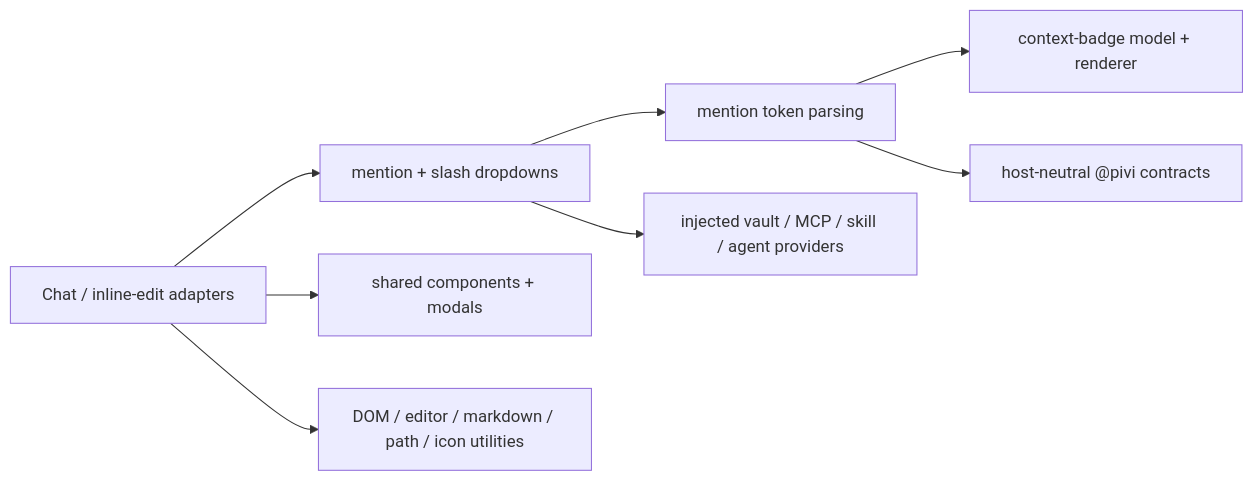
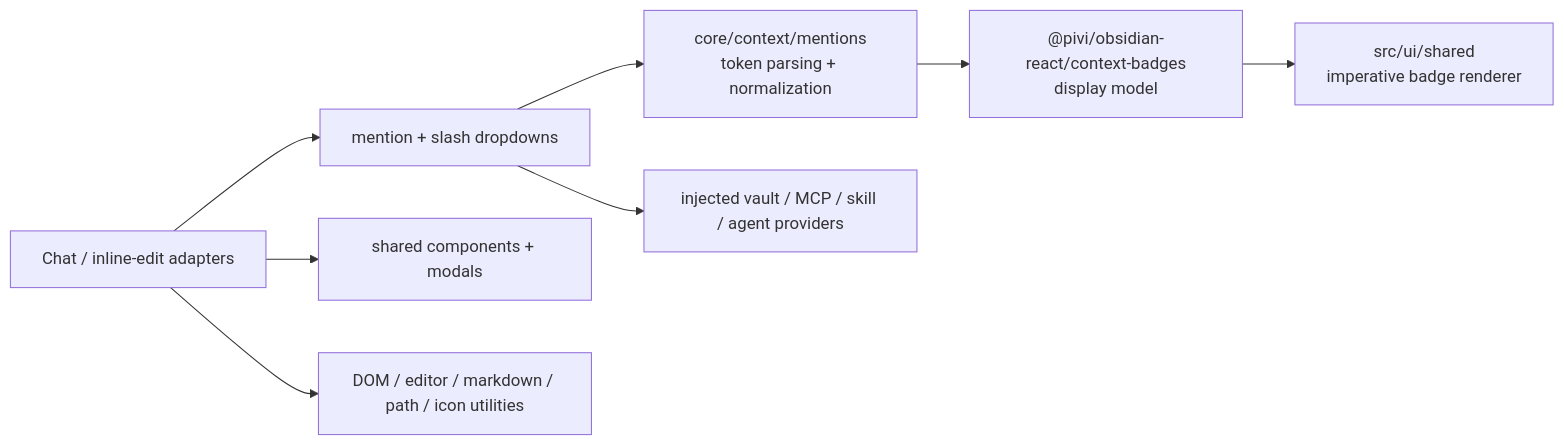
One commit to shuuul/obsidian-pivi changed the diagram in src/ui/shared/AGENTS.md. Above: the diagram before and after it, drawn with Mermaid. The commit also changed other lines of this file and 335 other files, not shown here.

First line of the commit message:
refactor(architecture): enforce package and UI boundaries

````diff
--- a/src/ui/shared/AGENTS.md
+++ b/src/ui/shared/AGENTS.md
@@ -11,10 +11,10 @@
 ```mermaid
 flowchart LR
   Consumers["Chat / inline-edit adapters"] --> Inputs["mention + slash dropdowns"]
-  Inputs --> Parser["mention token parsing"]
-  Parser --> Badges["context-badge model + renderer"]
+  Inputs --> Parser["core/context/mentions<br/>token parsing + normalization"]
+  Parser --> Badges["@pivi/obsidian-react/context-badges<br/>display model"]
+  Badges --> Renderer["src/ui/shared<br/>imperative badge renderer"]
   Inputs --> Providers["injected vault / MCP / skill / agent providers"]
   Consumers --> Common["shared components + modals"]
   Consumers --> Utils["DOM / editor / markdown / path / icon utilities"]
-  Parser --> Core["host-neutral @pivi contracts"]
 ```
````
